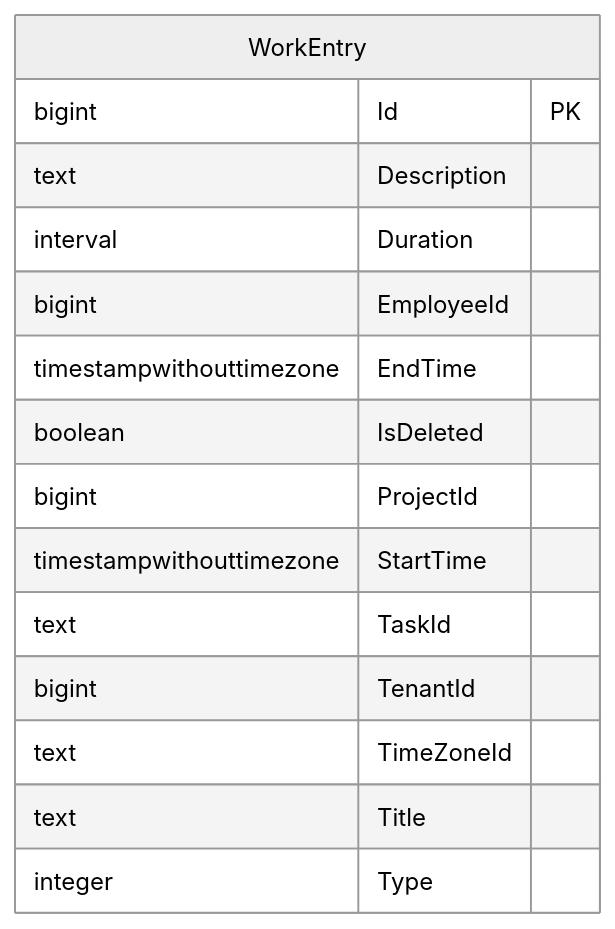
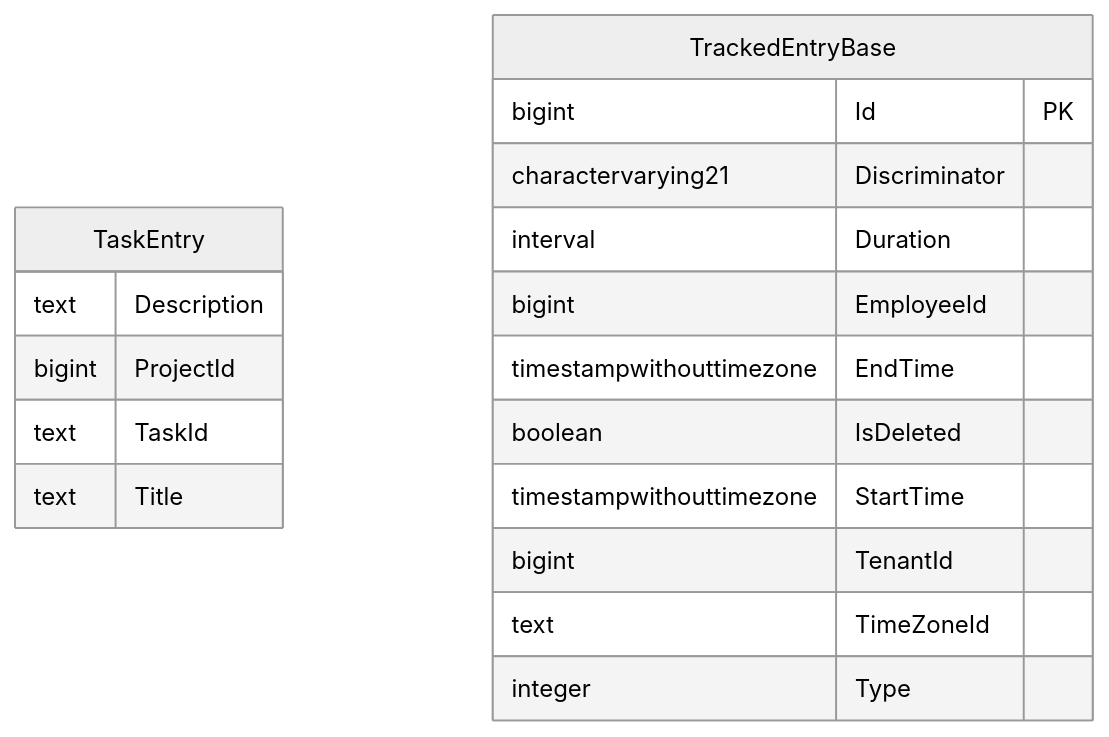
One commit to TourmalineCore/inner-circle-time-api changed the first of 2 diagrams in README.md. Above: the diagram before and after it, drawn with Mermaid. The commit also changed other lines of this file and 34 other files, not shown here.

````diff
--- a/README.md
+++ b/README.md
@@ -103,19 +103,22 @@
 ```mermaid
 	erDiagram
 	%%{init: {'theme':'neutral'}}%%
-	WorkEntry {
+	TaskEntry {
+		text Description 
+		bigint ProjectId 
+		text TaskId 
+		text Title 
+	}
+	TrackedEntryBase {
 		bigint Id PK
-		text Description 
+		charactervarying21 Discriminator 
 		interval Duration 
 		bigint EmployeeId 
 		timestampwithouttimezone EndTime 
 		boolean IsDeleted 
-		bigint ProjectId 
 		timestampwithouttimezone StartTime 
-		text TaskId 
 		bigint TenantId 
 		text TimeZoneId 
-		text Title 
 		integer Type 
 	}
 ```
````
